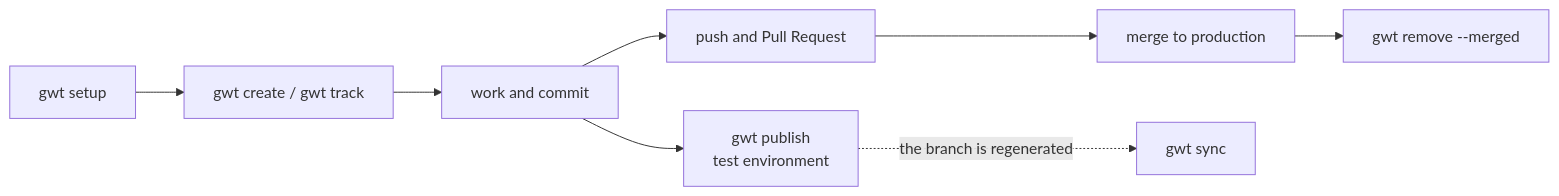
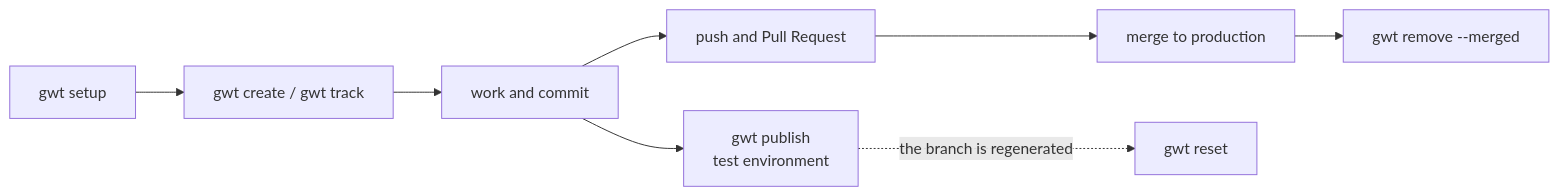
Before and after one commit to N3Y70R/grove: the first of 9 diagrams in docs/TUTORIAL.md, drawn with Mermaid. The commit also changed other lines of this file and 15 other files, not shown here.

First line of the commit message:
feat(reset,remove,list): rename sync to reset, preview removals, show merged

````diff
--- a/docs/TUTORIAL.md
+++ b/docs/TUTORIAL.md
@@ -57,10 +57,10 @@
 ```mermaid
 flowchart LR
   S[gwt setup] --> C[gwt create / gwt track]
   C --> W[work and commit]
   W --> P[gwt publish<br/>test environment]
   W --> PR[push and Pull Request]
   PR --> M[merge to production]
   M --> R[gwt remove --merged]
-  P -. the branch is regenerated .-> SY[gwt sync]
+  P -. the branch is regenerated .-> SY[gwt reset]
 ```
````
